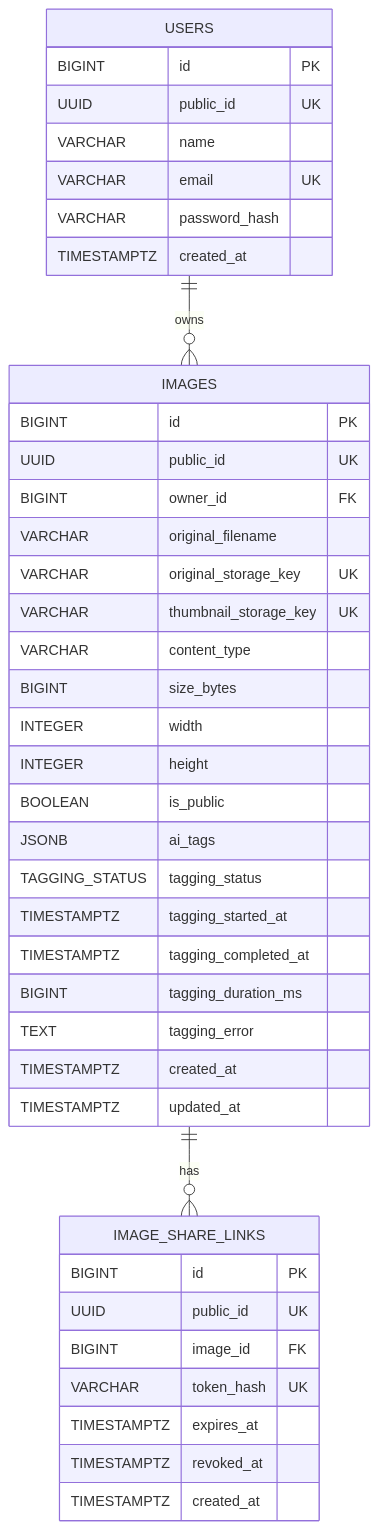
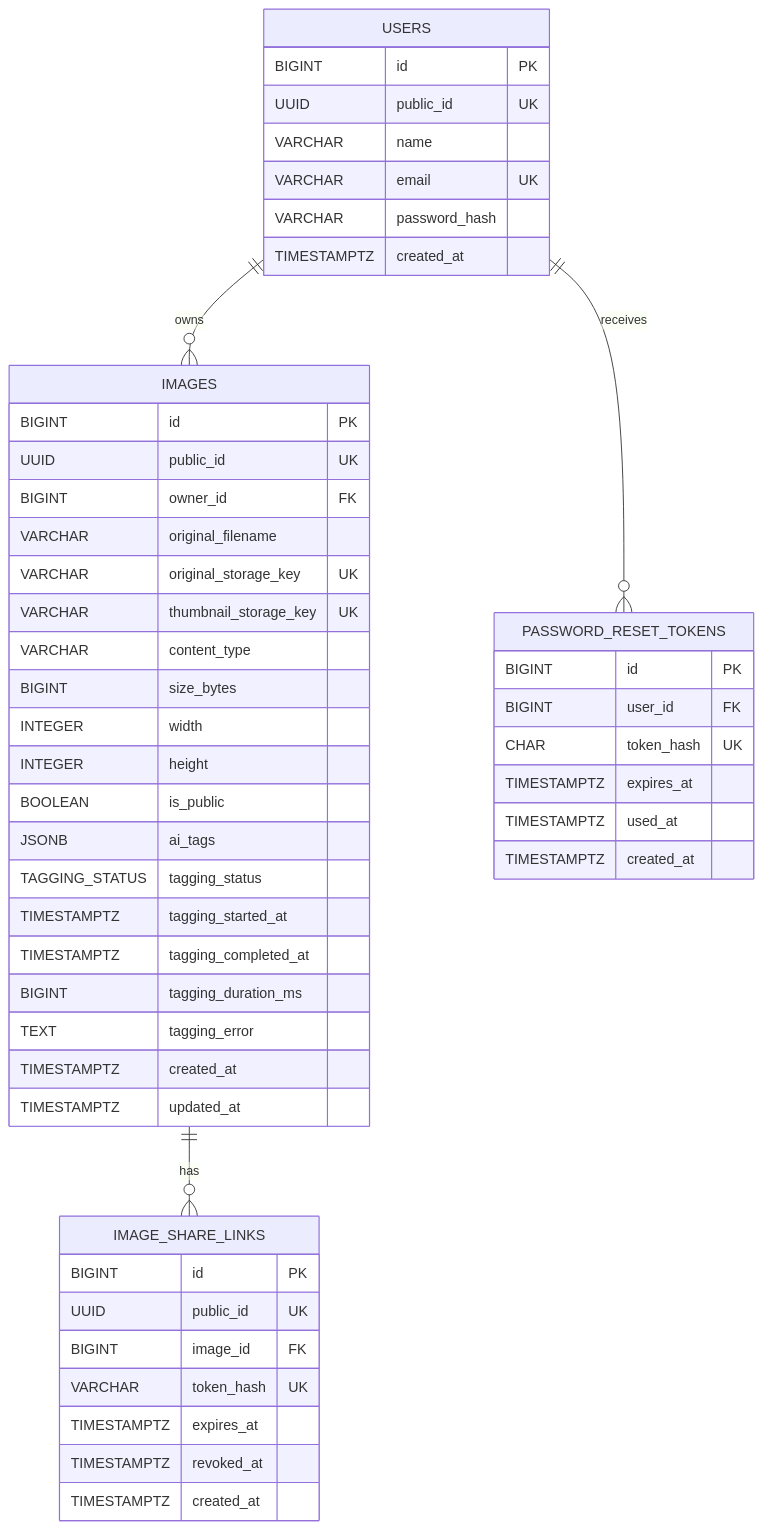
One commit to shmoonwalker/Image-Hosting-Service changed the diagram in docs/database-erd.md. Above: the diagram before and after it, drawn with Mermaid. The commit also changed 3 other files, not shown here.

````diff
--- a/docs/database-erd.md
+++ b/docs/database-erd.md
@@ -5,46 +5,56 @@
 ```mermaid
 erDiagram
     USERS ||--o{ IMAGES : owns
+    USERS ||--o{ PASSWORD_RESET_TOKENS : receives
     IMAGES ||--o{ IMAGE_SHARE_LINKS : has
 
     USERS {
         BIGINT id PK
         UUID public_id UK
         VARCHAR name
         VARCHAR email UK
         VARCHAR password_hash
         TIMESTAMPTZ created_at
     }
 
     IMAGES {
         BIGINT id PK
         UUID public_id UK
         BIGINT owner_id FK
         VARCHAR original_filename
         VARCHAR original_storage_key UK
         VARCHAR thumbnail_storage_key UK
         VARCHAR content_type
         BIGINT size_bytes
         INTEGER width
         INTEGER height
         BOOLEAN is_public
         JSONB ai_tags
         TAGGING_STATUS tagging_status
         TIMESTAMPTZ tagging_started_at
         TIMESTAMPTZ tagging_completed_at
         BIGINT tagging_duration_ms
         TEXT tagging_error
         TIMESTAMPTZ created_at
         TIMESTAMPTZ updated_at
     }
 
+    PASSWORD_RESET_TOKENS {
+        BIGINT id PK
+        BIGINT user_id FK
+        CHAR token_hash UK
+        TIMESTAMPTZ expires_at
+        TIMESTAMPTZ used_at
+        TIMESTAMPTZ created_at
+    }
+
     IMAGE_SHARE_LINKS {
         BIGINT id PK
         UUID public_id UK
         BIGINT image_id FK
         VARCHAR token_hash UK
         TIMESTAMPTZ expires_at
         TIMESTAMPTZ revoked_at
         TIMESTAMPTZ created_at
     }
 ```
````
